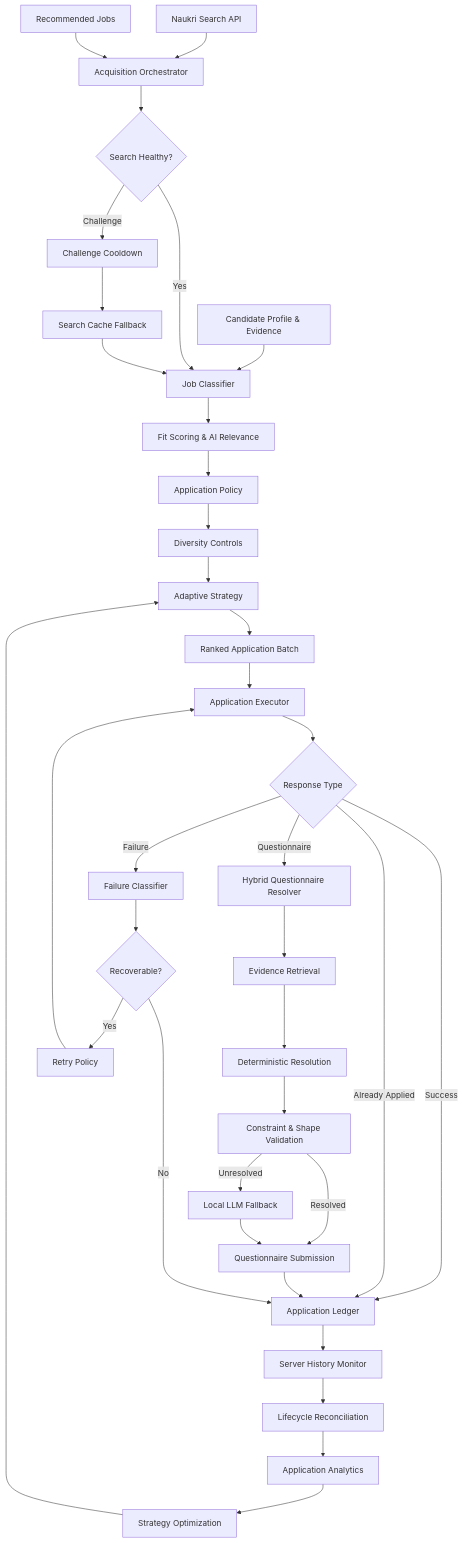
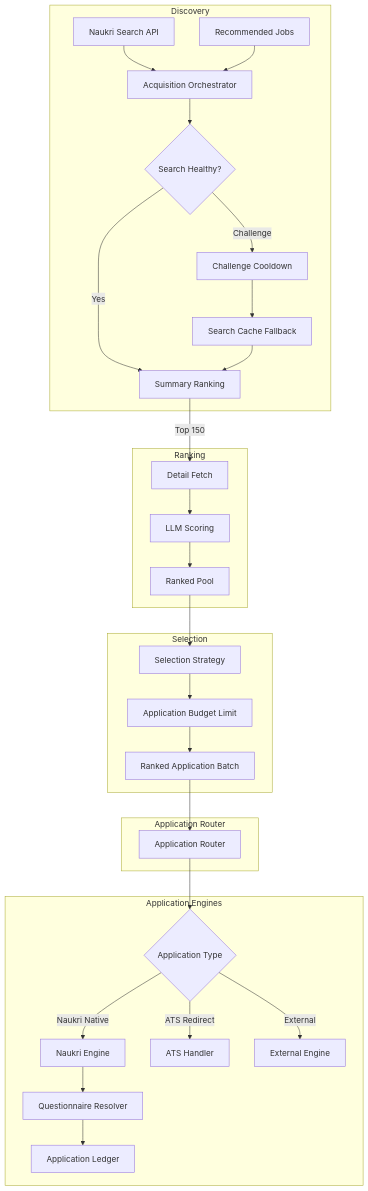
Before and after one commit to areddy1805/career-workflow: the first of 11 diagrams in README.md, drawn with Mermaid. The commit also changed other lines of this file and 55 other files, not shown here.

Commit message:
refactor: remove legacy NiceGUI UI and implement new application routing and search strategy configuration modules

````diff
--- a/README.md
+++ b/README.md
@@ -266,46 +266,38 @@
 ```mermaid
 flowchart TD
-    A[Candidate Profile & Evidence] --> D[Job Classifier]
-
+    subgraph Discovery
     S1[Naukri Search API] --> B[Acquisition Orchestrator]
     S2[Recommended Jobs] --> B
     B --> C{Search Healthy?}
-
-    C -->|Yes| D
+    C -->|Yes| SR[Summary Ranking]
     C -->|Challenge| E[Challenge Cooldown]
     E --> F[Search Cache Fallback]
-    F --> D
+    F --> SR
+    end
 
-    D --> G[Fit Scoring & AI Relevance]
-    G --> H[Application Policy]
-    H --> I[Diversity Controls]
-    I --> J[Adaptive Strategy]
-    J --> K[Ranked Application Batch]
+    subgraph Ranking
+    SR -->|Top 150| DF[Detail Fetch]
+    DF --> D[LLM Scoring]
+    D --> G[Ranked Pool]
+    end
 
-    K --> L[Application Executor]
-    L --> M{Response Type}
+    subgraph Selection
+    G --> H[Selection Strategy]
+    H --> I[Application Budget Limit]
+    I --> J[Ranked Application Batch]
+    end
 
-    M -->|Success| N[Application Ledger]
-    M -->|Already Applied| N
-    M -->|Questionnaire| O[Hybrid Questionnaire Resolver]
-    M -->|Failure| P[Failure Classifier]
+    subgraph Application Router
+    J --> L[Application Router]
+    end
 
-    O --> Q[Evidence Retrieval]
-    Q --> R[Deterministic Resolution]
-    R --> T[Constraint & Shape Validation]
-    T -->|Resolved| U[Questionnaire Submission]
-    T -->|Unresolved| V[Local LLM Fallback]
-    V --> U
-    U --> N
-
-    P --> W{Recoverable?}
-    W -->|Yes| X[Retry Policy]
-    X --> L
-    W -->|No| N
-
-    N --> Y[Server History Monitor]
-    Y --> Z[Lifecycle Reconciliation]
-    Z --> AA[Application Analytics]
-    AA --> AB[Strategy Optimization]
-    AB --> J
+    subgraph Application Engines
+    L --> M{Application Type}
+    M -->|Naukri Native| NAE[Naukri Engine]
+    M -->|ATS Redirect| ATS[ATS Handler]
+    M -->|External| EXT[External Engine]
+    
+    NAE --> Q[Questionnaire Resolver]
+    Q --> N[Application Ledger]
+    end
 ```
````
